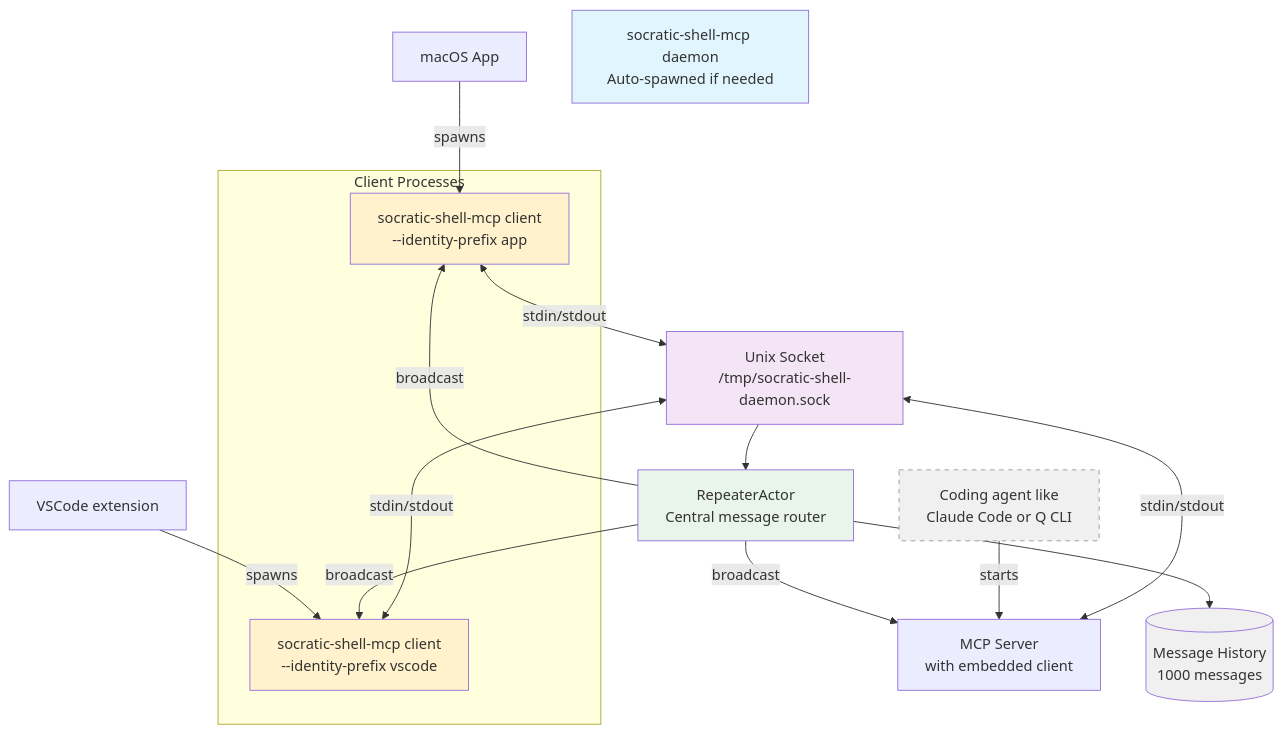
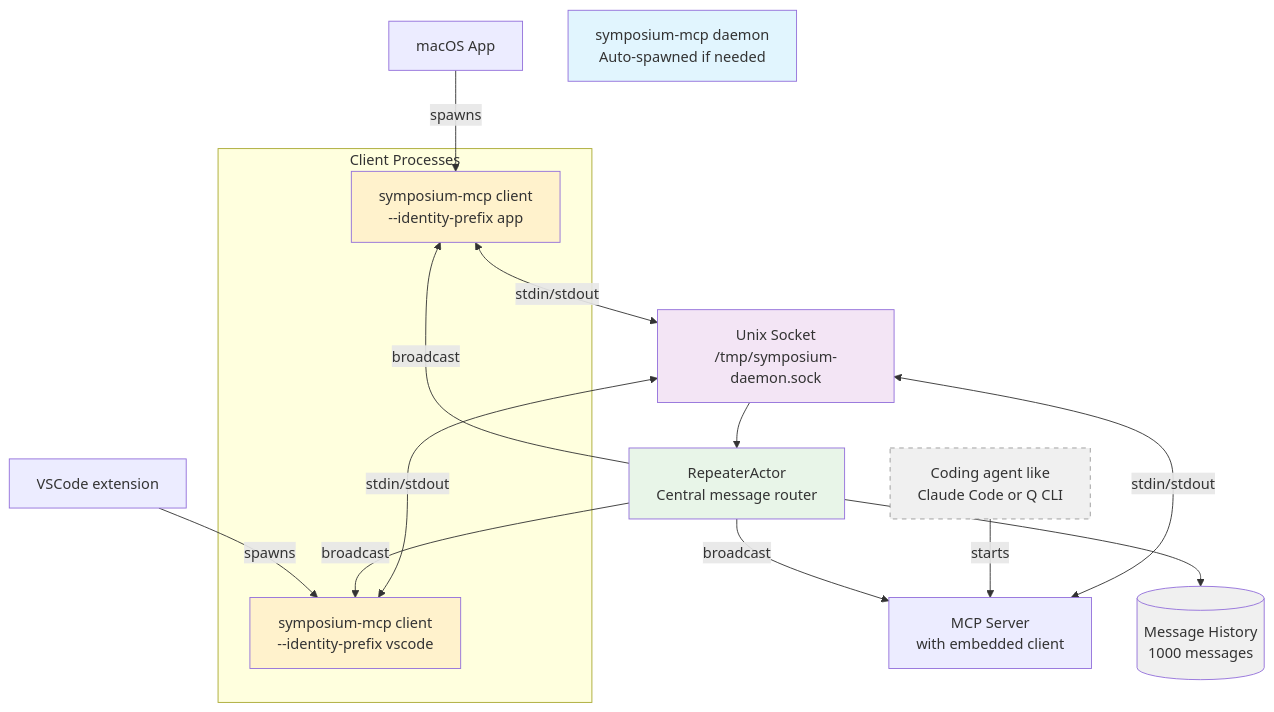
Before and after one commit to socratic-shell/symposium: the diagram in md/design/daemon.md, drawn with Mermaid. The commit also changed other lines of this file and 43 other files, not shown here.

Commit message:
s/socratic-shell/symposium/

````diff
--- a/md/design/daemon.md
+++ b/md/design/daemon.md
@@ -7,39 +7,39 @@
 ```mermaid
 graph TB
     OSX[macOS App]
     MCP[MCP Server<br/>with embedded client]
     EXT[VSCode extension]
-    DAEMON[socratic-shell-mcp daemon<br/>Auto-spawned if needed]
-    SOCKET[Unix Socket<br>/tmp/socratic-shell-daemon.sock]
+    DAEMON[symposium-mcp daemon<br/>Auto-spawned if needed]
+    SOCKET[Unix Socket<br>/tmp/symposium-daemon.sock]
     AGENT[Coding agent like<br>Claude Code or Q CLI]
     REPEATER[RepeaterActor<br/>Central message router]
     HISTORY[(Message History<br/>1000 messages)]
     
     subgraph "Client Processes"
-        CLIENT2[socratic-shell-mcp client<br/>--identity-prefix app]
-        CLIENT1[socratic-shell-mcp client<br/>--identity-prefix vscode]
+        CLIENT2[symposium-mcp client<br/>--identity-prefix app]
+        CLIENT1[symposium-mcp client<br/>--identity-prefix vscode]
     end
     
     EXT -->|spawns| CLIENT1
     OSX -->|spawns| CLIENT2
     
     CLIENT1 <-->|stdin/stdout| SOCKET
     CLIENT2 <-->|stdin/stdout| SOCKET
     MCP <-->|stdin/stdout| SOCKET
 
     SOCKET --> REPEATER
     REPEATER --> HISTORY
     REPEATER -->|broadcast| CLIENT1
     REPEATER -->|broadcast| CLIENT2
     REPEATER -->|broadcast| MCP
 
     AGENT -- starts --> MCP
     
     style DAEMON fill:#e1f5fe
     style SOCKET fill:#f3e5f5
     style CLIENT1 fill:#fff2cc
     style CLIENT2 fill:#fff2cc
     style REPEATER fill:#e8f5e8
     style HISTORY fill:#f0f0f0
     style AGENT fill:#f0f0f0,stroke:#999,stroke-dasharray: 5 5
 ```
````
